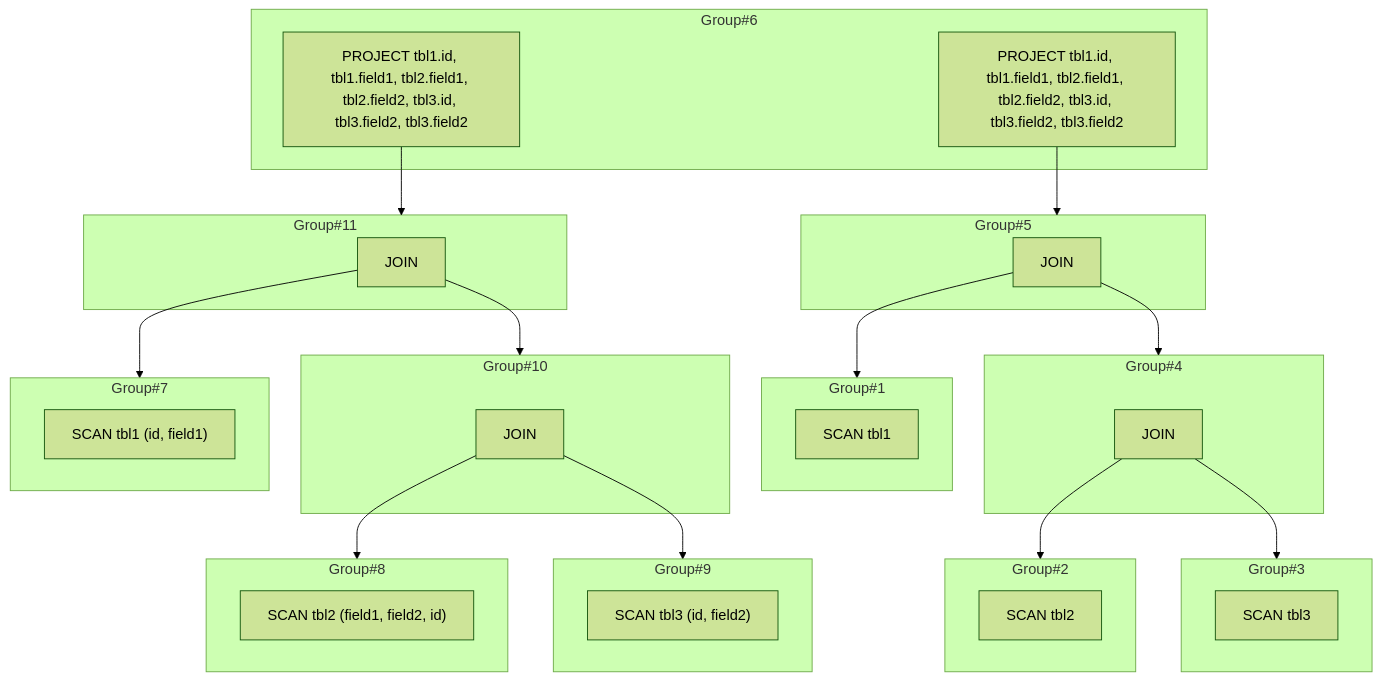
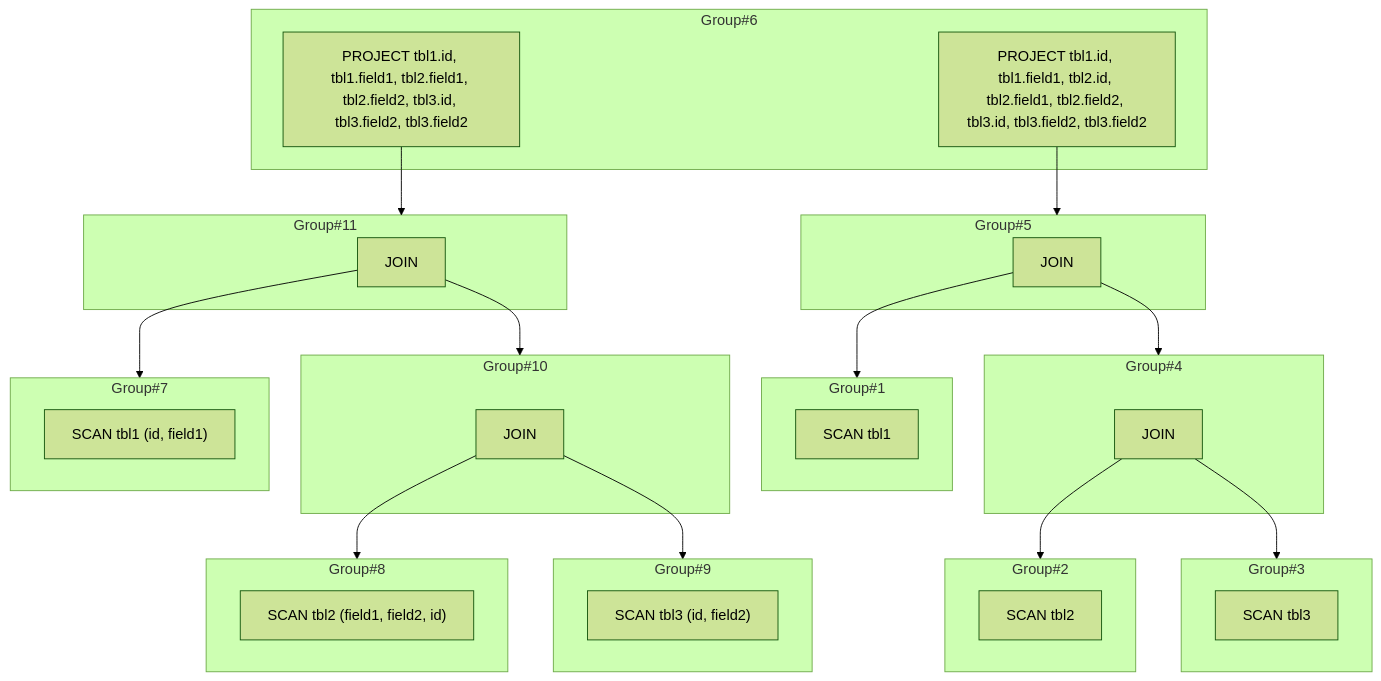
Before and after one commit to tuannh982/query-planner-guide: the fourth of 32 diagrams in README.md, drawn with Mermaid (forest theme). The commit also changed other lines of this file, not shown here.

````diff
--- a/README.md
+++ b/README.md
@@ -165,47 +174,47 @@
 ```mermaid
 graph TD
     subgraph Group#8
         Expr#8["SCAN tbl2 (field1, field2, id)"]
     end
     subgraph Group#2
         Expr#2["SCAN tbl2"]
     end
     subgraph Group#11
         Expr#11["JOIN"]
     end
     Expr#11 --> Group#7
     Expr#11 --> Group#10
     subgraph Group#5
         Expr#5["JOIN"]
     end
     Expr#5 --> Group#1
     Expr#5 --> Group#4
     subgraph Group#4
         Expr#4["JOIN"]
     end
     Expr#4 --> Group#2
     Expr#4 --> Group#3
     subgraph Group#7
         Expr#7["SCAN tbl1 (id, field1)"]
     end
     subgraph Group#1
         Expr#1["SCAN tbl1"]
     end
     subgraph Group#10
         Expr#10["JOIN"]
     end
     Expr#10 --> Group#8
     Expr#10 --> Group#9
     subgraph Group#9
         Expr#9["SCAN tbl3 (id, field2)"]
     end
     subgraph Group#3
         Expr#3["SCAN tbl3"]
     end
     subgraph Group#6
         Expr#12["PROJECT tbl1.id, tbl1.field1, tbl2.field1, tbl2.field2, tbl3.id, tbl3.field2, tbl3.field2"]
-        Expr#6["PROJECT tbl1.id, tbl1.field1, tbl2.field1, tbl2.field2, tbl3.id, tbl3.field2, tbl3.field2"]
+        Expr#6["PROJECT tbl1.id, tbl1.field1, tbl2.id, tbl2.field1, tbl2.field2, tbl3.id, tbl3.field2, tbl3.field2"]
     end
     Expr#12 --> Group#11
     Expr#6 --> Group#5
 ```
````
